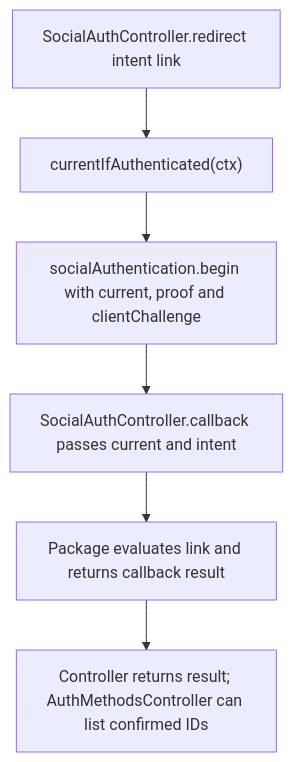
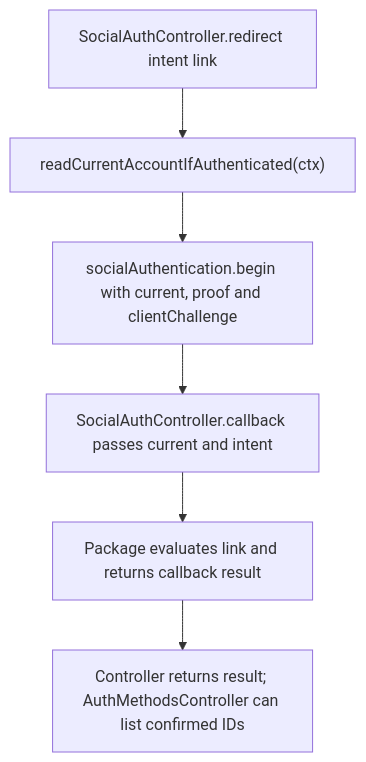
Before and after one commit to Kevinjohn/oss-adonisjs-starter-examples: the second of 2 diagrams in user-stories/api/us-api-07-link-provider.md, drawn with Mermaid. The commit also changed other lines of this file and 27 other files, not shown here.

````diff
--- a/user-stories/api/us-api-07-link-provider.md
+++ b/user-stories/api/us-api-07-link-provider.md
@@ -40,8 +40,8 @@
 ```mermaid
 flowchart TD
-    A["SocialAuthController.redirect intent link"] --> B["currentIfAuthenticated(ctx)"]
+    A["SocialAuthController.redirect intent link"] --> B["readCurrentAccountIfAuthenticated(ctx)"]
     B --> C["socialAuthentication.begin with current, proof and clientChallenge"]
     C --> D["SocialAuthController.callback passes current and intent"]
     D --> E["Package evaluates link and returns callback result"]
     E --> F["Controller returns result; AuthMethodsController can list confirmed IDs"]
 ```
````
